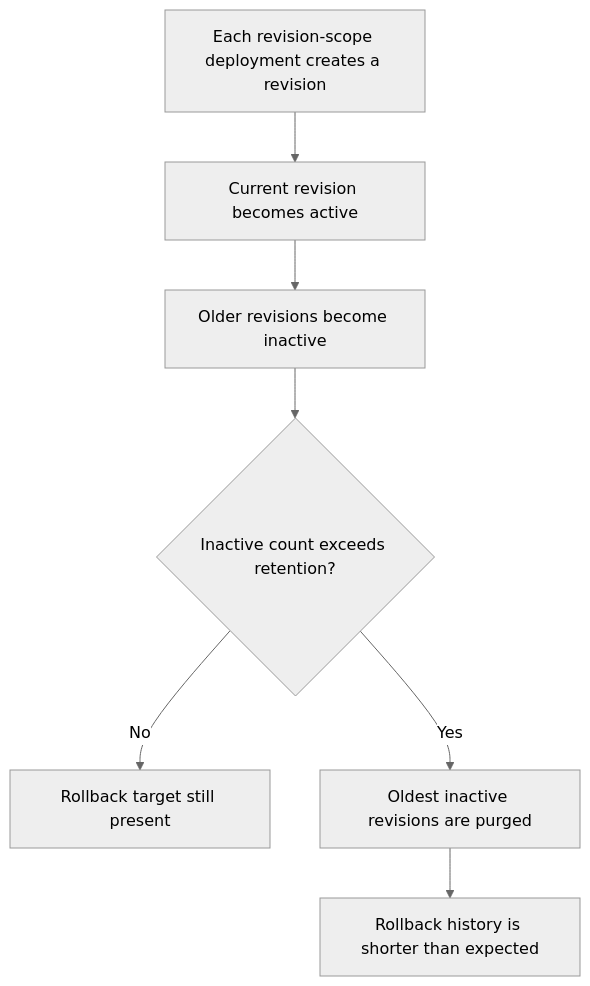
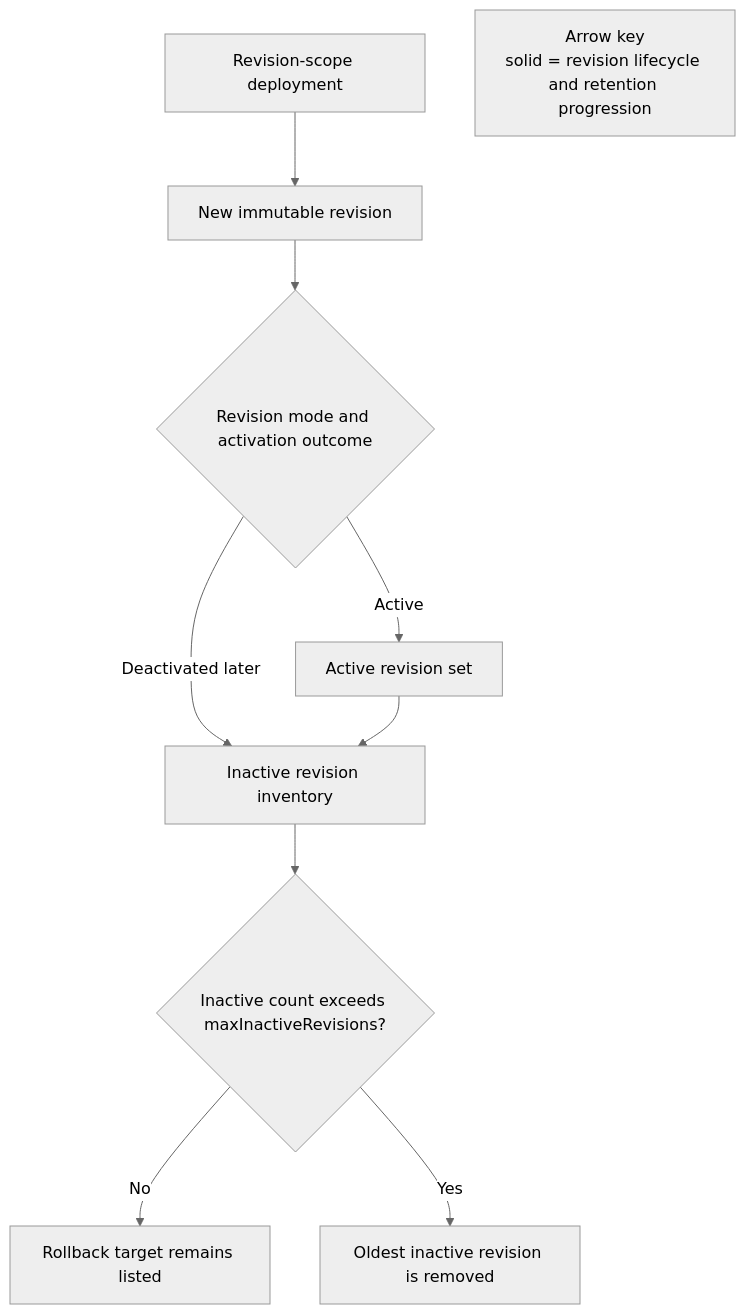
The diagram in docs/troubleshooting/playbooks/deployment-and-cicd/revision-history-limit.md (yeongseon/azure-container-apps-practical-guide), drawn with Mermaid (neutral theme) before and after one commit. The commit also changed other lines of this file and 23 other files, not shown here.

First line of the commit message:
docs(diagrams): migrate troubleshooting playbook diagrams (#626)

````diff
--- a/docs/troubleshooting/playbooks/deployment-and-cicd/revision-history-limit.md
+++ b/docs/troubleshooting/playbooks/deployment-and-cicd/revision-history-limit.md
@@ -36,9 +36,25 @@
 ```mermaid
 flowchart TD
-    A[Each revision-scope deployment creates a revision] --> B[Current revision becomes active]
-    B --> C[Older revisions become inactive]
-    C --> D{Inactive count exceeds retention?}
-    D -->|No| E[Rollback target still present]
-    D -->|Yes| F[Oldest inactive revisions are purged]
-    F --> G[Rollback history is shorter than expected]
+    accTitle: Diagnose inactive revision retention
+    accDescr: Revision-scope deployments create immutable revisions; inactive revisions remain available until their configured retention count is exceeded.
+
+    CHANGE[Revision-scope deployment]
+    NEW[New immutable revision]
+    MODE{Revision mode and activation outcome}
+    ACTIVE[Active revision set]
+    INACTIVE[Inactive revision inventory]
+    LIMIT{Inactive count exceeds maxInactiveRevisions?}
+    RETAIN[Rollback target remains listed]
+    PURGE[Oldest inactive revision is removed]
+
+    CHANGE --> NEW
+    NEW --> MODE
+    MODE -->|Active| ACTIVE
+    MODE -->|Deactivated later| INACTIVE
+    ACTIVE --> INACTIVE
+    INACTIVE --> LIMIT
+    LIMIT -->|No| RETAIN
+    LIMIT -->|Yes| PURGE
+
+    LEGEND["Arrow key<br/>solid = revision lifecycle and retention progression"]
 ```
````
